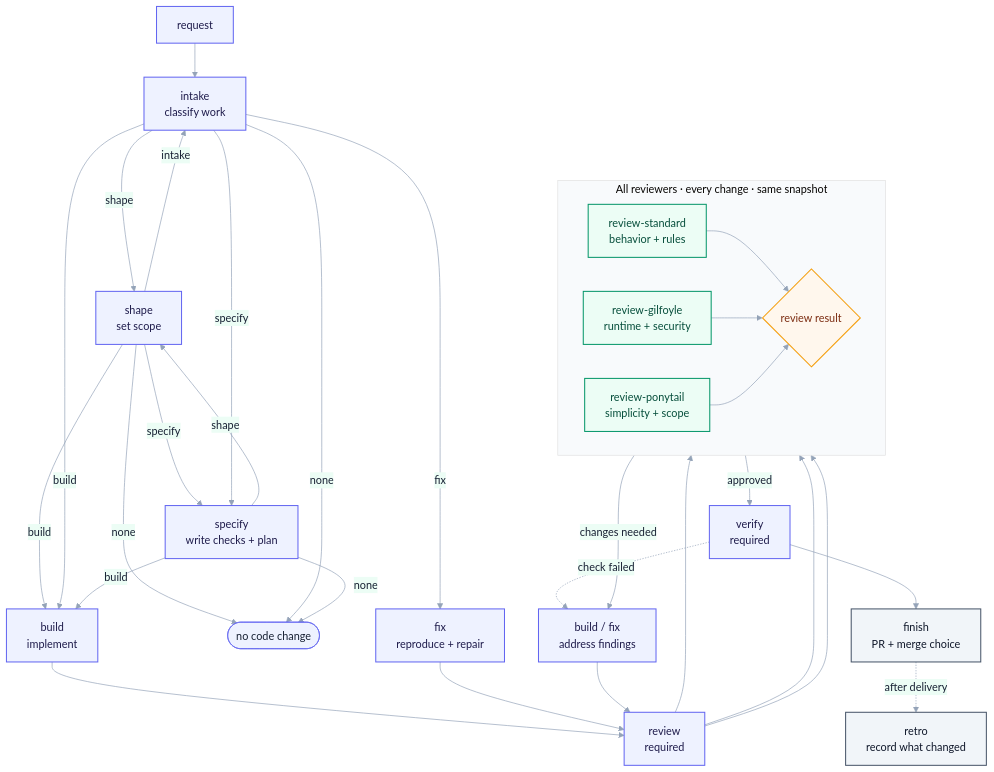
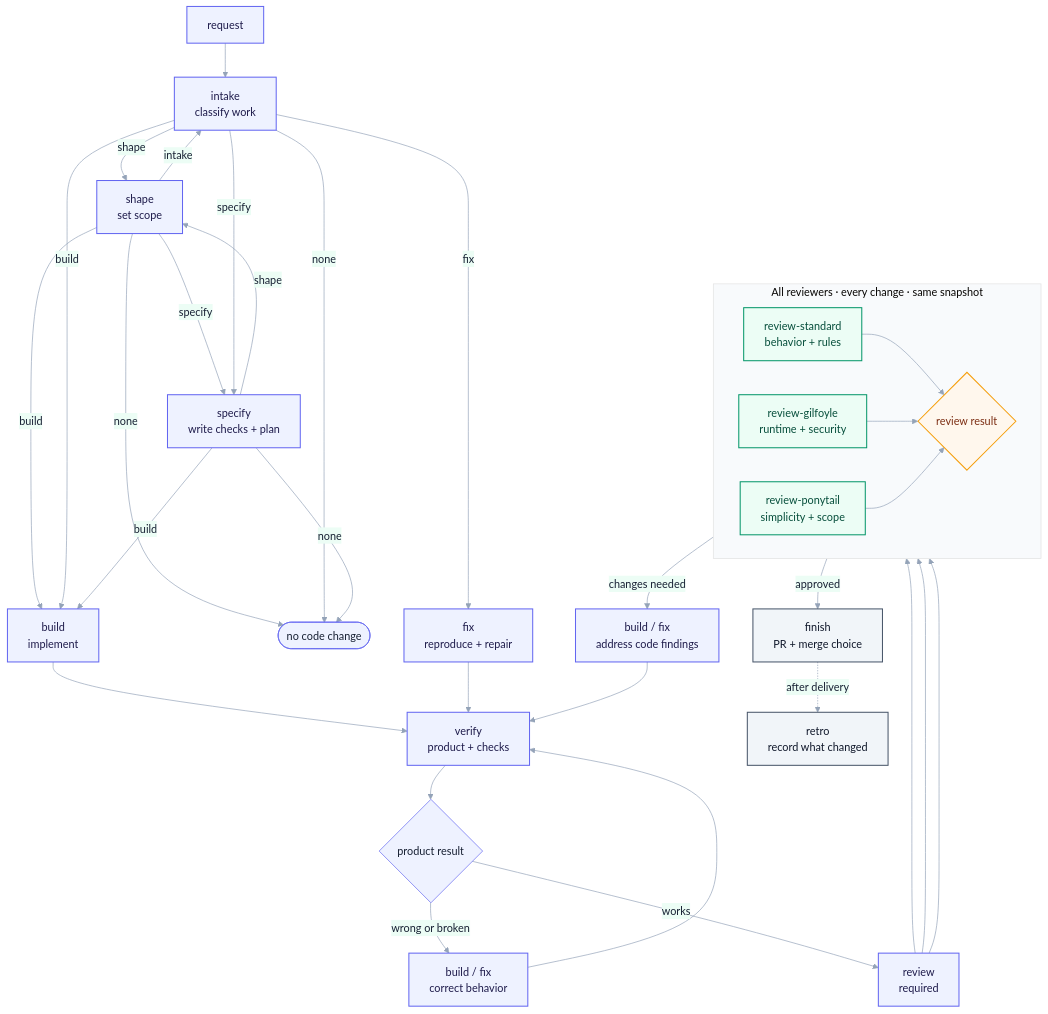
The second of 2 diagrams in README.md (Igloczek/skills), drawn with Mermaid before and after one commit. The commit also changed other lines of this file and 10 other files, not shown here.

Commit message:
put product verification before code review

````diff
--- a/README.md
+++ b/README.md
@@ -116,55 +121,58 @@
 ```mermaid
 %%{init: {"theme":"base","themeVariables":{"fontFamily":"ui-sans-serif,system-ui,sans-serif","lineColor":"#94a3b8","primaryColor":"#eef2ff","primaryTextColor":"#172033","primaryBorderColor":"#6366f1","secondaryColor":"#ecfdf5","tertiaryColor":"#f8fafc"}}}%%
 flowchart TD
     request["request"] --> intake["intake<br/>classify work"]
 
     intake -->|shape| shape["shape<br/>set scope"]
     shape -->|intake| intake
     shape -->|specify| specify["specify<br/>write checks + plan"]
     shape -->|build| build["build<br/>implement"]
     shape -->|none| done(["no code change"])
 
     intake -->|specify| specify
     intake -->|build| build
     intake -->|fix| fix["fix<br/>reproduce + repair"]
     intake -->|none| done
 
     specify -->|shape| shape
     specify -->|build| build
     specify -->|none| done
 
-    build --> review["review<br/>required"]
-    fix --> review
+    build --> verify["verify<br/>product + checks"]
+    fix --> verify
+
+    verify --> verify_result{"product result"}
+    verify_result -->|wrong or broken| product_rework["build / fix<br/>correct behavior"]
+    product_rework --> verify
+    verify_result -->|works| review["review<br/>required"]
 
     subgraph review_stage["All reviewers · every change · same snapshot"]
         direction LR
         standard_review["review-standard<br/>behavior + rules"]
         review_gilfoyle["review-gilfoyle<br/>runtime + security"]
         review_ponytail["review-ponytail<br/>simplicity + scope"]
         review_result{"review result"}
     end
 
     review --> standard_review
     review --> review_gilfoyle
     review --> review_ponytail
     standard_review --> review_result
     review_gilfoyle --> review_result
     review_ponytail --> review_result
 
-    review_result -->|approved| verify["verify<br/>required"]
-    review_result -->|changes needed| rework["build / fix<br/>address findings"]
-    rework --> review
+    review_result -->|approved| finish["finish<br/>PR + merge choice"]
+    review_result -->|changes needed| code_rework["build / fix<br/>address code findings"]
+    code_rework --> verify
 
-    verify -. check failed .-> rework
-    verify --> finish["finish<br/>PR + merge choice"]
     finish -. after delivery .-> retro["retro<br/>record what changed"]
 
     classDef core fill:#eef2ff,stroke:#6366f1,color:#1e1b4b,stroke-width:1.5px;
     classDef review fill:#ecfdf5,stroke:#059669,color:#064e3b,stroke-width:1.5px;
     classDef decision fill:#fff7ed,stroke:#f59e0b,color:#7c2d12,stroke-width:1.5px;
     classDef terminal fill:#f1f5f9,stroke:#475569,color:#0f172a,stroke-width:1.5px;
-    class request,intake,shape,specify,build,fix,review,rework,verify core;
+    class request,intake,shape,specify,build,fix,review,product_rework,code_rework,verify core;
     class standard_review,review_gilfoyle,review_ponytail review;
     class review_result decision;
     class finish,retro terminal;
 ```
````
